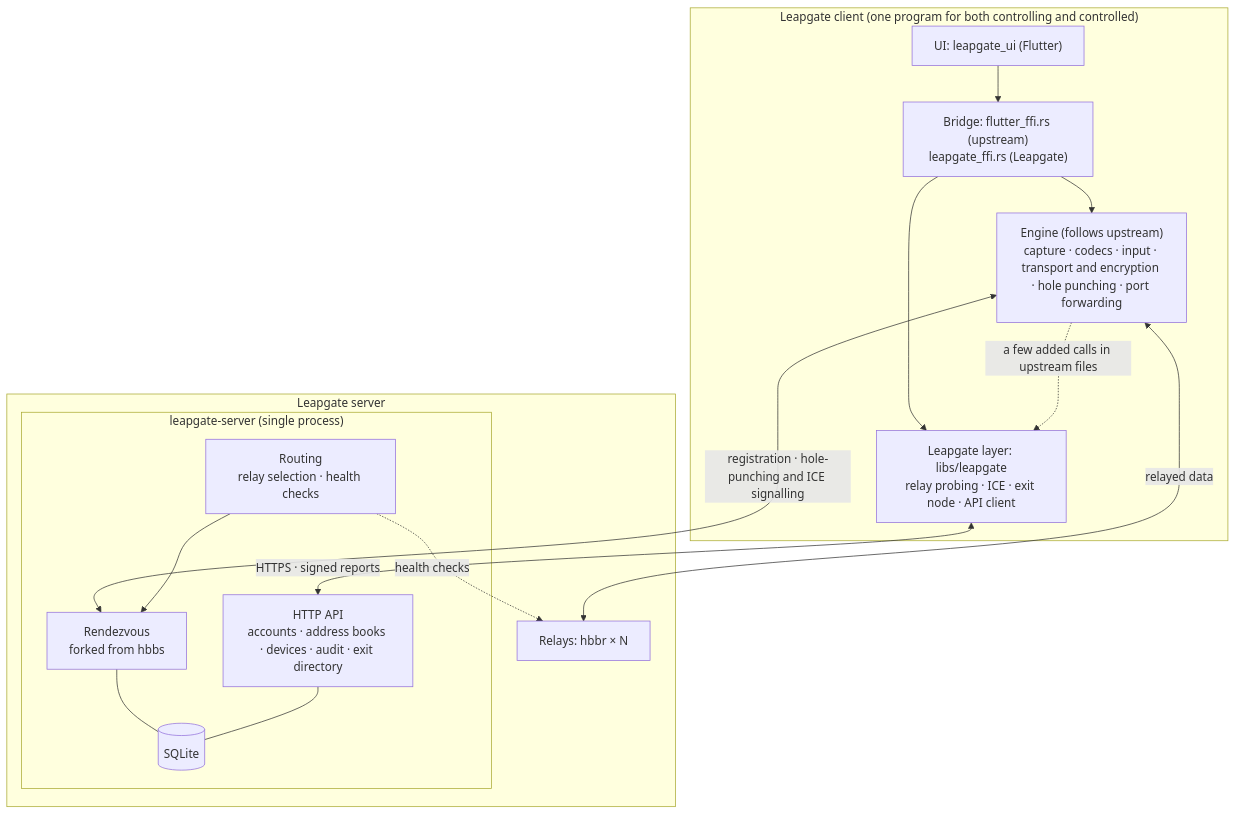
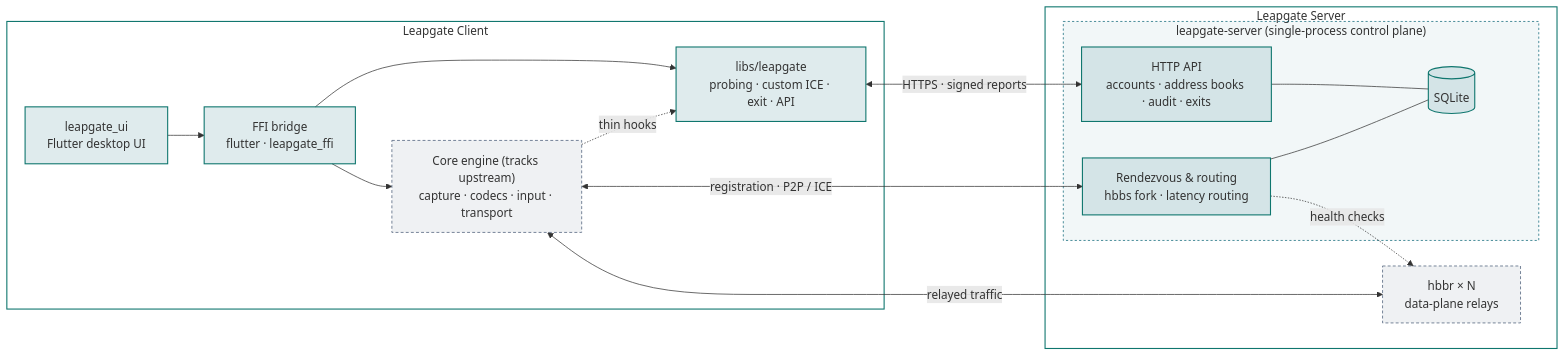
The diagram in README.en.md (Ogannesson/leapgate), drawn with Mermaid before and after one commit. The commit also changed other lines of this file and 19 other files, not shown here.

````diff
--- a/README.en.md
+++ b/README.en.md
@@ -215,29 +210,35 @@
 ```mermaid
-flowchart TB
-  subgraph C["Leapgate client (one program for both controlling and controlled)"]
-    UI["UI: leapgate_ui (Flutter)"]
-    FFI["Bridge: flutter_ffi.rs (upstream)<br/>leapgate_ffi.rs (Leapgate)"]
-    EXT["Leapgate layer: libs/leapgate<br/>relay probing · ICE · exit node · API client"]
-    ENG["Engine (follows upstream)<br/>capture · codecs · input · transport and encryption · hole punching · port forwarding"]
+flowchart LR
+  subgraph C["Leapgate Client"]
+    UI["leapgate_ui<br/>Flutter desktop UI"]:::lg
+    FFI["FFI bridge<br/>flutter · leapgate_ffi"]:::lg
+    EXT["libs/leapgate<br/>probing · custom ICE · exit · API"]:::lg
+    ENG["Core engine (tracks upstream)<br/>capture · codecs · input · transport"]:::up
     UI --> FFI
+    FFI --> EXT
     FFI --> ENG
-    FFI --> EXT
-    ENG -.->|"a few added calls in upstream files"| EXT
+    ENG -.->|"thin hooks"| EXT
   end
-  subgraph S["Leapgate server"]
-    subgraph CP["leapgate-server (single process)"]
-      RV["Rendezvous<br/>forked from hbbs"]
-      API["HTTP API<br/>accounts · address books · devices · audit · exit directory"]
-      RT["Routing<br/>relay selection · health checks"]
-      DB[("SQLite")]
+
+  subgraph S["Leapgate Server"]
+    subgraph CP["leapgate-server (single-process control plane)"]
+      API["HTTP API<br/>accounts · address books · audit · exits"]:::lg
+      RV["Rendezvous & routing<br/>hbbs fork · latency routing"]:::lg
+      DB[("SQLite")]:::lg
+      API --- DB
+      RV --- DB
     end
-    RELAY["Relays: hbbr × N"]
+    RELAY["hbbr × N<br/>data-plane relays"]:::up
+    RV -.->|"health checks"| RELAY
   end
-  ENG <-->|"registration · hole-punching and ICE signalling"| RV
+
   EXT <-->|"HTTPS · signed reports"| API
-  ENG <-->|"relayed data"| RELAY
-  RT --> RV
-  RT -.->|"health checks"| RELAY
-  RV --- DB
-  API --- DB
+  ENG <-->|"registration · P2P / ICE"| RV
+  ENG <-->|"relayed traffic"| RELAY
+
+  classDef lg fill:#0B6577,fill-opacity:0.13,stroke:#0F766E,stroke-width:1.5px;
+  classDef up fill:#64748B,fill-opacity:0.10,stroke:#64748B,stroke-width:1.2px,stroke-dasharray:4 3;
+  style C fill:none,stroke:#0F766E,stroke-width:1.5px
+  style S fill:none,stroke:#0F766E,stroke-width:1.5px
+  style CP fill:#0B6577,fill-opacity:0.05,stroke:#0B6577,stroke-width:1px,stroke-dasharray:3 3
 ```
````
